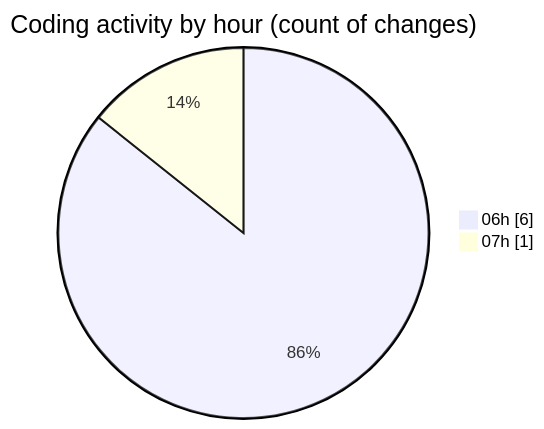
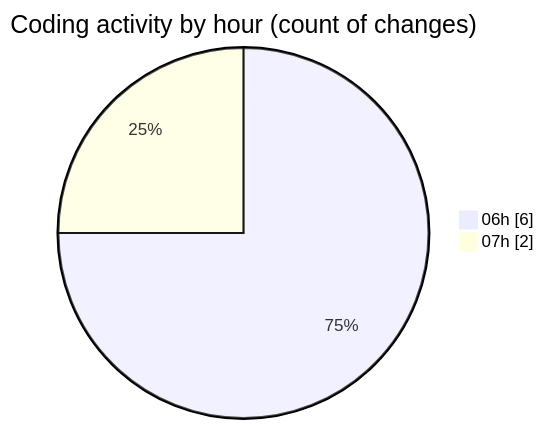
Before and after one commit to vahidmafi/code-tracking: the second of 2 diagrams in 2025-08-20/www/README.md, drawn with Mermaid. The commit also changed other lines of this file and 1 other file, not shown here.

````diff
--- a/2025-08-20/www/README.md
+++ b/2025-08-20/www/README.md
@@ -30,6 +30,6 @@
 ```mermaid
 pie showData
 title Coding activity by hour (count of changes)
 "06h" : 6
-"07h" : 1
+"07h" : 2
 ```
````
